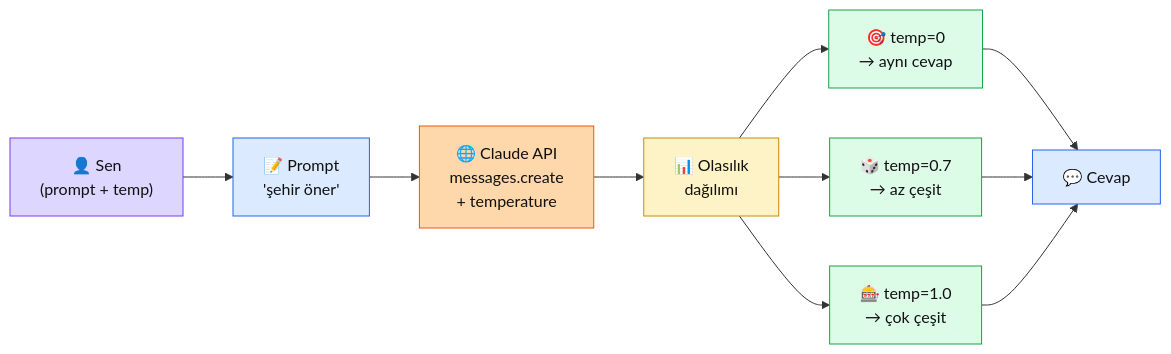
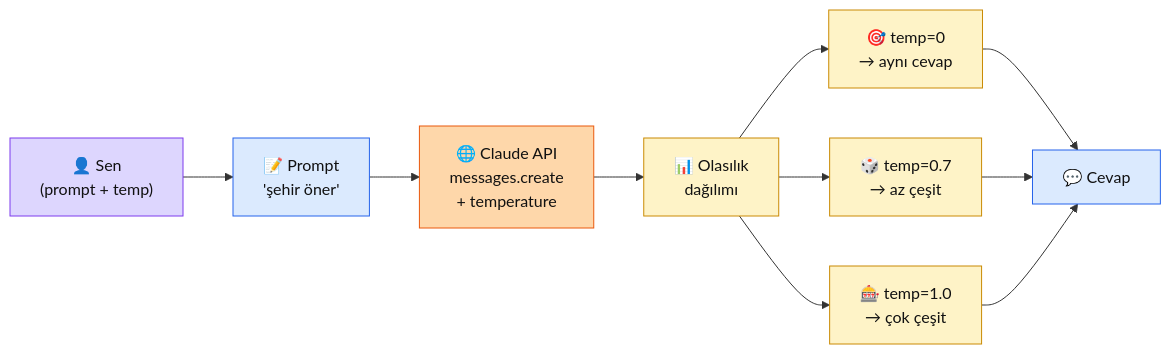
Before and after one commit to KemalG-u/muhendisal-platform: the diagram in docs/bolum-2/03-sampling.md, drawn with Mermaid. The commit also changed other lines of this file and 8 other files, not shown here.

````diff
--- a/docs/bolum-2/03-sampling.md
+++ b/docs/bolum-2/03-sampling.md
@@ -38,27 +39,27 @@
 ```mermaid
 flowchart LR
   S["👤 Sen\n(prompt + temp)"]
   P["📝 Prompt\n'şehir öner'"]
   API["🌐 Claude API\nmessages.create\n+ temperature"]
   DIST["📊 Olasılık\ndağılımı"]
   T0["🎯 temp=0\n→ aynı cevap"]
   T07["🎲 temp=0.7\n→ az çeşit"]
   T1["🎰 temp=1.0\n→ çok çeşit"]
   REPLY["💬 Cevap"]
 
   S --> P --> API --> DIST
   DIST --> T0 --> REPLY
   DIST --> T07 --> REPLY
   DIST --> T1 --> REPLY
 
   classDef sen fill:#ddd6fe,stroke:#7c3aed,color:#111
   classDef veri fill:#dbeafe,stroke:#2563eb,color:#111
   classDef uzak fill:#fed7aa,stroke:#ea580c,color:#111
   classDef hes fill:#fef3c7,stroke:#ca8a04,color:#111
-  classDef hed fill:#dcfce7,stroke:#16a34a,color:#111
+  classDef hed fill:#fef3c7,stroke:#ca8a04,color:#111
   class S sen
   class P,REPLY veri
   class API uzak
   class DIST hes
   class T0,T07,T1 hed
 ```
````
